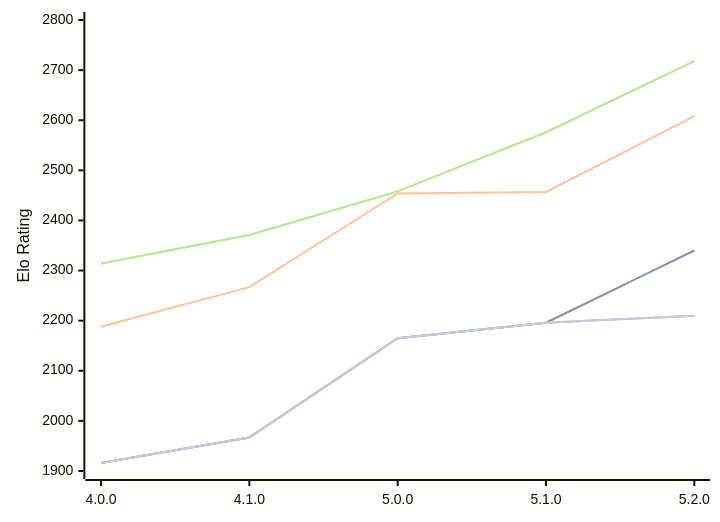
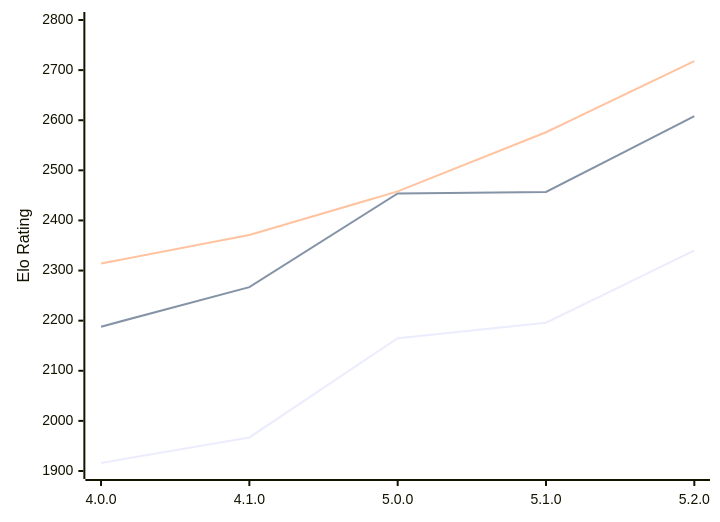
The diagram in engines/Aconcagua.md (computer-chess-index/cci), drawn with Mermaid before and after one commit. The commit also changed other lines of this file, not shown here.

````diff
--- a/engines/Aconcagua.md
+++ b/engines/Aconcagua.md
@@ -51,13 +51,9 @@
 ```mermaid
 %%{init: {"theme":"base","themeVariables":{"seriesColors:['#a3a3a3','#222221','#faa371']}}}%%
 xychart-beta
   x-axis ["4.0.0", "4.1.0", "5.0.0", "5.1.0", "5.2.0"]
   y-axis "Elo Rating" 1900 --> 2800
-  line "" [1916, 1967, 2165, 2196, 2340]
   line "T1: STC (8.0+0.08s)" [1916, 1967, 2165, 2196, 2340]
   line "T1: LTC (60.0+0.60s)" [2188, 2267, 2454, 2457, 2608]
-  line "" [2314, 2371, 2458, 2576, 2718]
   line "T1: VLTC (2m24s+1.12s)" [2314, 2371, 2458, 2576, 2718]
-  line "" [1916, 1967, 2165, 2196,2210]
-  line "E1: STC (8.0+0.08s)" [1916, 1967, 2165, 2196,2210]
 ```
````
